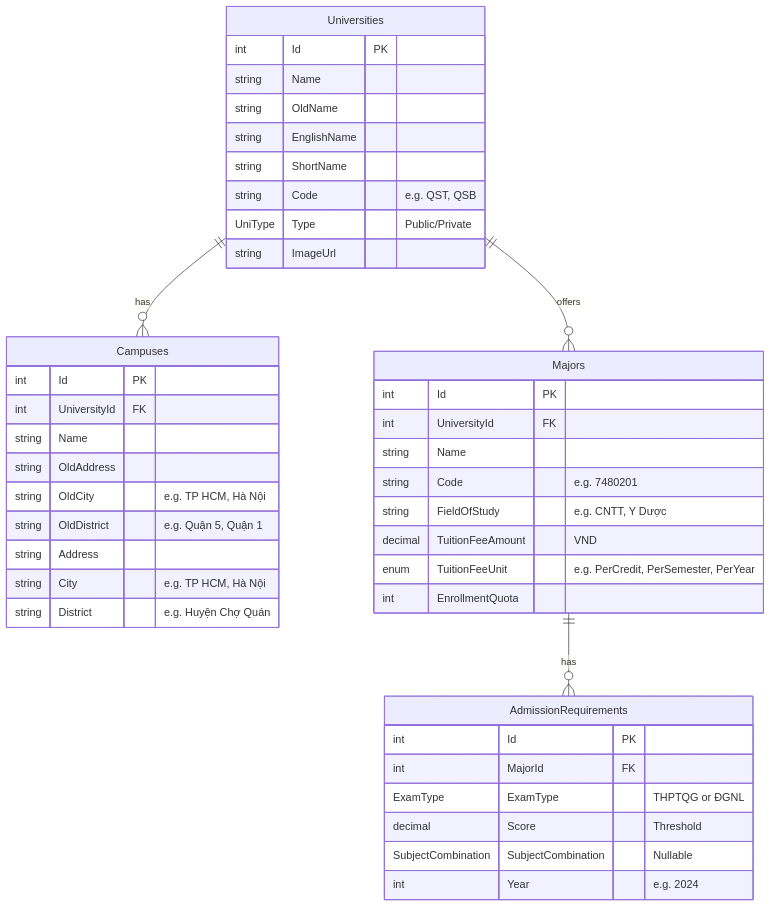
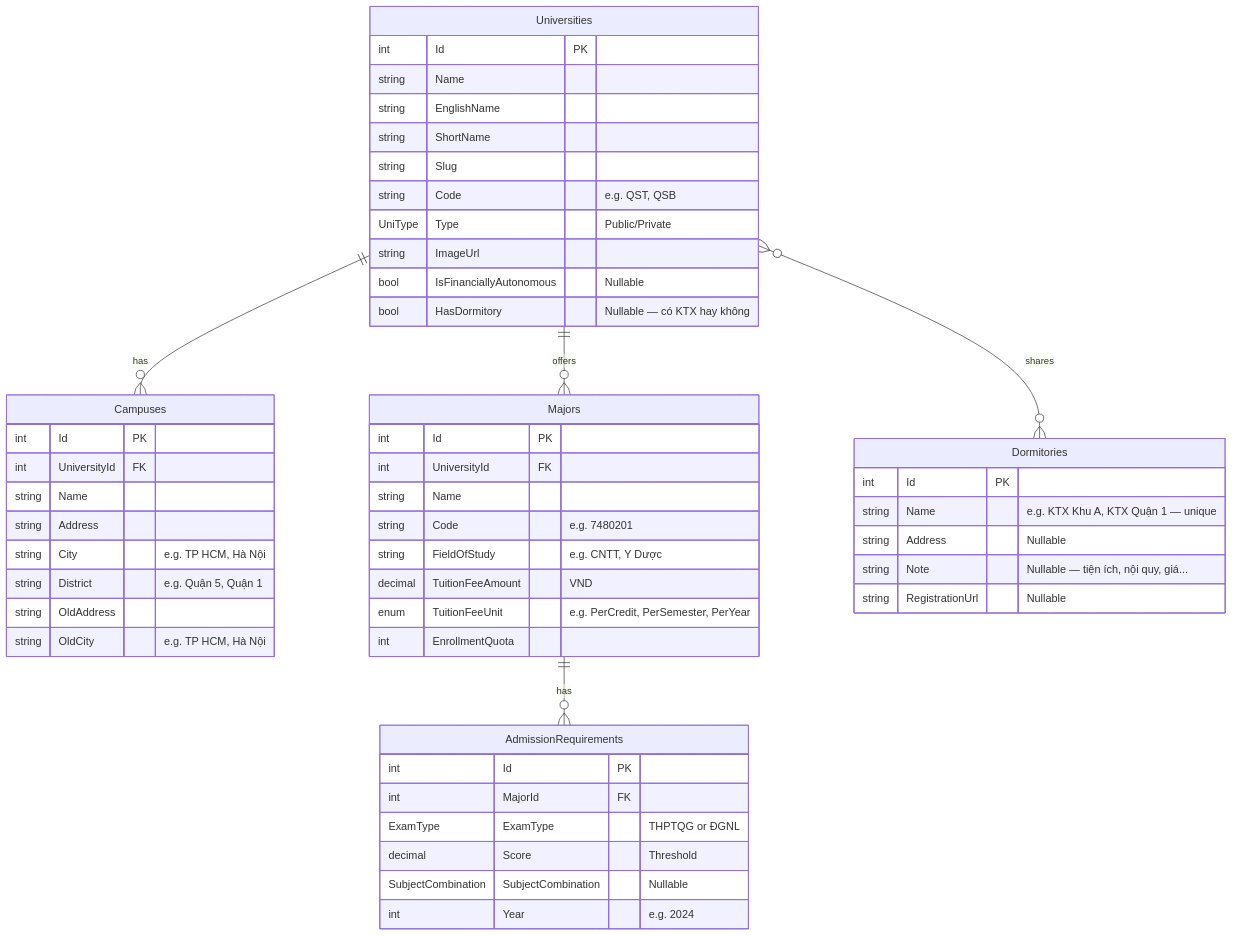
The diagram in docs/ER-model.md (longhuynhdev/TimTruong), drawn with Mermaid before and after one commit. The commit also changed 13 other files, not shown here.

Commit message:
feat: add university dormitory (KTX) info and "has dormitory" filter

````diff
--- a/docs/ER-model.md
+++ b/docs/ER-model.md
@@ -1,50 +1,59 @@
 ```mermaid
 erDiagram
     Universities ||--o{ Campuses : "has"
     Universities ||--o{ Majors : "offers"
+    Universities }o--o{ Dormitories : "shares"
     Majors ||--o{ AdmissionRequirements : "has"
 
     Universities {
         int Id PK
         string Name
-        string OldName
         string EnglishName
         string ShortName
+        string Slug
         string Code "e.g. QST, QSB"
         UniType Type "Public/Private"
         string ImageUrl
+        bool IsFinanciallyAutonomous "Nullable"
+        bool HasDormitory "Nullable — có KTX hay không"
+    }
+
+    Dormitories {
+        int Id PK
+        string Name "e.g. KTX Khu A, KTX Quận 1 — unique"
+        string Address "Nullable"
+        string Note "Nullable — tiện ích, nội quy, giá..."
+        string RegistrationUrl "Nullable"
     }
 
     Campuses {
         int Id PK
         int UniversityId FK
         string Name
+        string Address
+        string City "e.g. TP HCM, Hà Nội"
+        string District "e.g. Quận 5, Quận 1"
         string OldAddress
         string OldCity "e.g. TP HCM, Hà Nội"
-        string OldDistrict "e.g. Quận 5, Quận 1"
-        string Address
-        string City "e.g. TP HCM, Hà Nội"
-        string District "e.g. Huyện Chợ Quán"
-
     }
 
     Majors {
         int Id PK
         int UniversityId FK
         string Name
         string Code "e.g. 7480201"
         string FieldOfStudy "e.g. CNTT, Y Dược"
         decimal TuitionFeeAmount "VND"
         enum TuitionFeeUnit "e.g. PerCredit, PerSemester, PerYear"
         int EnrollmentQuota
     }
 
     AdmissionRequirements {
         int Id PK
         int MajorId FK
         ExamType ExamType "THPTQG or ĐGNL"
         decimal Score "Threshold"
         SubjectCombination SubjectCombination "Nullable"
         int Year "e.g. 2024"
     }
 ```    
````
